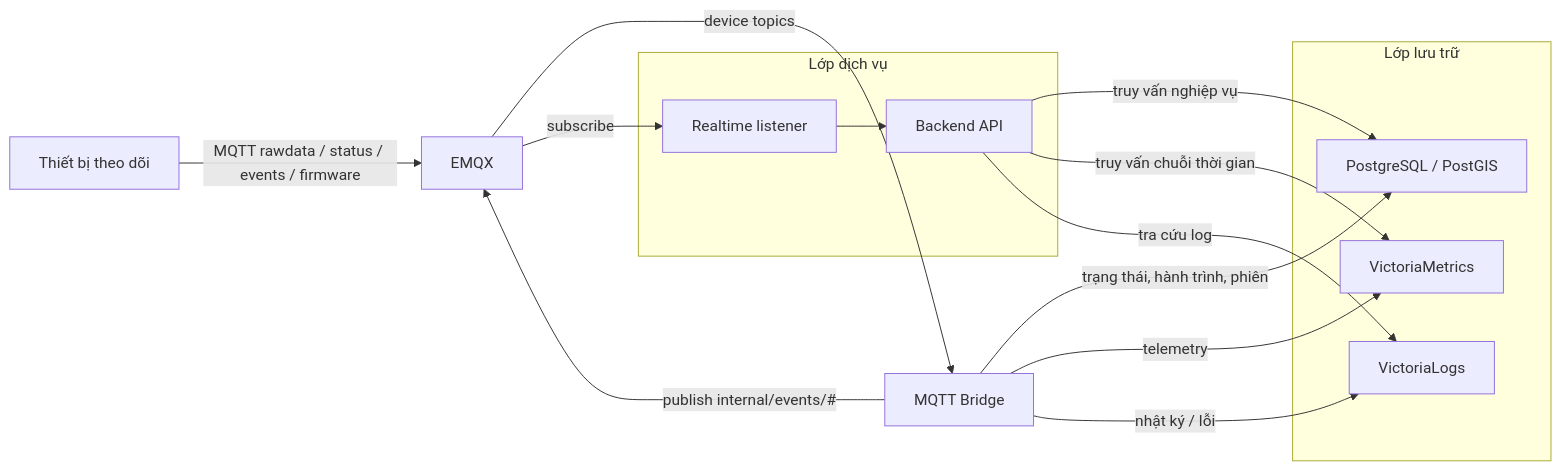
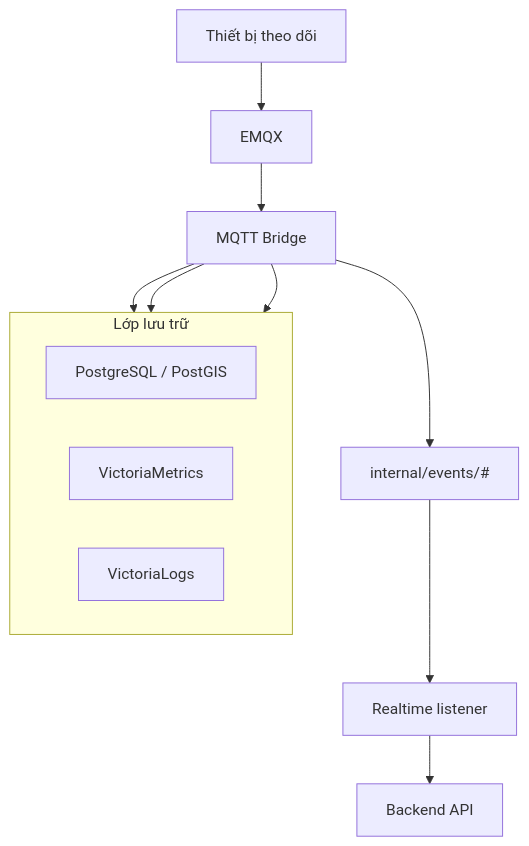
The diagram in resources/reports/thesis/final/assets/uml/05-chuong-3-giai-phap-backend-hinh-3-12.mmd (anmh1205/IoT_Vehicle_Tracking_System), drawn with Mermaid before and after one commit. The commit also changed 337 other files, not shown here.

```diff
--- a/resources/reports/thesis/final/assets/uml/05-chuong-3-giai-phap-backend-hinh-3-12.mmd
+++ b/resources/reports/thesis/final/assets/uml/05-chuong-3-giai-phap-backend-hinh-3-12.mmd
@@ -1,24 +1,20 @@
-flowchart LR
-    Device["Thiết bị theo dõi"] -->|MQTT rawdata / status / events / firmware| Broker["EMQX"]
-    Broker -->|device topics| Bridge["MQTT Bridge"]
+flowchart TB
+    Device["Thiết bị theo dõi"]
+    Broker["EMQX"]
+    Bridge["MQTT Bridge"]
+    Events["internal/events/#"]
+    Listener["Realtime listener"]
+    API["Backend API"]
 
     subgraph Storage["Lớp lưu trữ"]
+        direction LR
         PG["PostgreSQL / PostGIS"]
         Metrics["VictoriaMetrics"]
         Logs["VictoriaLogs"]
     end
 
-    subgraph Service["Lớp dịch vụ"]
-        Listener["Realtime listener"]
-        API["Backend API"]
-    end
-
-    Bridge -->|trạng thái, hành trình, phiên| PG
-    Bridge -->|telemetry| Metrics
-    Bridge -->|nhật ký / lỗi| Logs
-    Bridge -->|publish internal/events/#| Broker
-    Broker -->|subscribe| Listener
-    Listener --> API
-    API -->|truy vấn nghiệp vụ| PG
-    API -->|truy vấn chuỗi thời gian| Metrics
-    API -->|tra cứu log| Logs
+    Device --> Broker --> Bridge
+    Bridge --> Events --> Listener --> API
+    Bridge --> PG
+    Bridge --> Metrics
+    Bridge --> Logs
```
